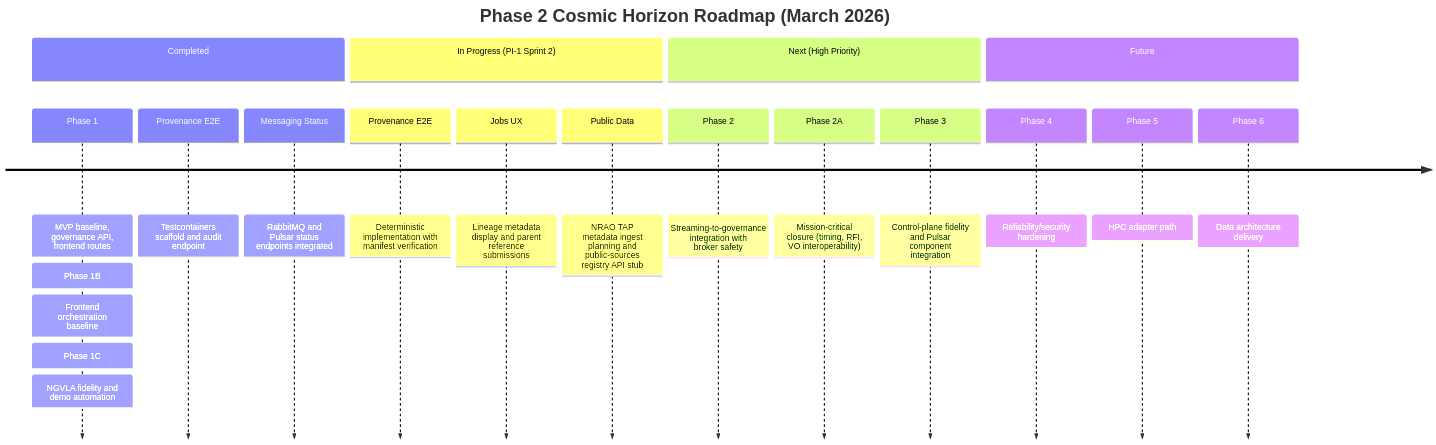
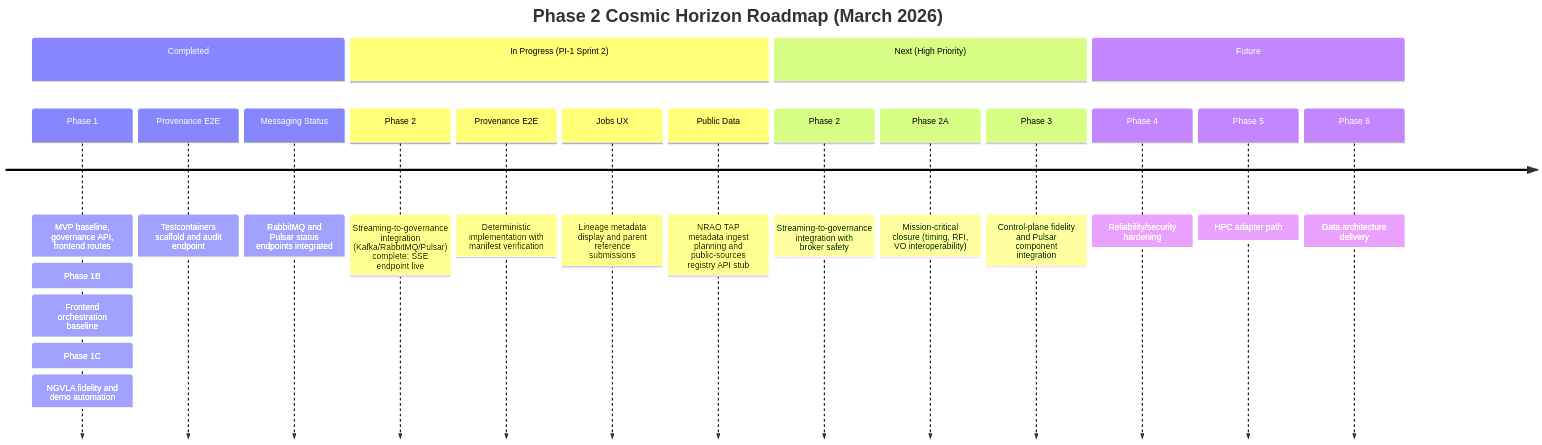
One commit to JeffreySanford/phase-2-cosmic changed the diagram in ROADMAP.md. Above: the diagram before and after it, drawn with Mermaid. The commit also changed other lines of this file and 90 other files, not shown here.

````diff
--- a/ROADMAP.md
+++ b/ROADMAP.md
@@ -21,25 +21,26 @@
 ```mermaid
 timeline
     title Phase 2 Cosmic Horizon Roadmap (March 2026)
     section Completed
         Phase 1 : MVP baseline, governance API, frontend routes
             : Phase 1B: Frontend orchestration baseline
             : Phase 1C: NGVLA fidelity and demo automation
         Provenance E2E : Testcontainers scaffold and audit endpoint
         Messaging Status : RabbitMQ and Pulsar status endpoints integrated
 
     section In Progress (PI-1 Sprint 2)
+        Phase 2 : Streaming-to-governance integration (Kafka/RabbitMQ/Pulsar) complete; SSE endpoint live
         Provenance E2E : Deterministic implementation with manifest verification
         Jobs UX : Lineage metadata display and parent reference submissions
         Public Data : NRAO TAP metadata ingest planning and public-sources registry API stub
 
     section Next (High Priority)
         Phase 2 : Streaming-to-governance integration with broker safety
         Phase 2A : Mission-critical closure (timing, RFI, VO interoperability)
         Phase 3 : Control-plane fidelity and Pulsar component integration
 
     section Future
         Phase 4 : Reliability/security hardening
         Phase 5 : HPC adapter path
         Phase 6 : Data architecture delivery
 ```
````
